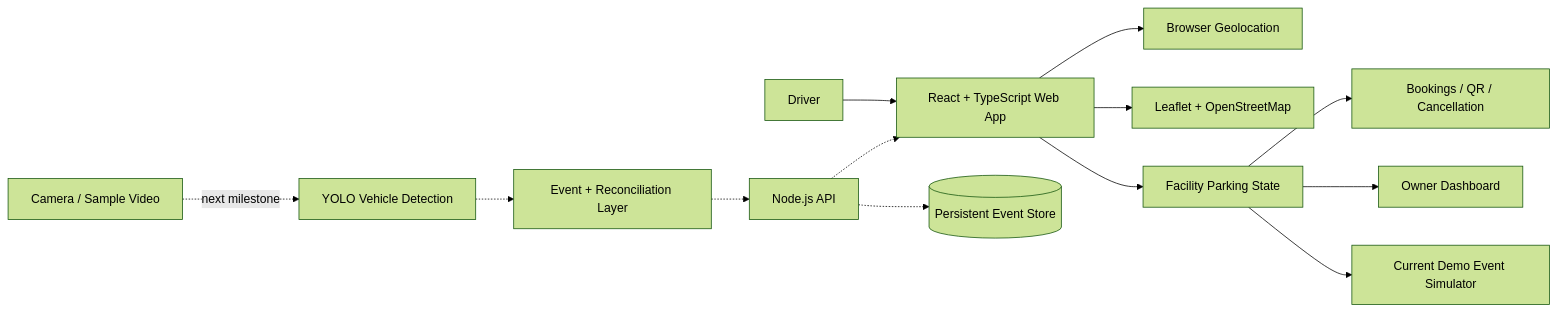
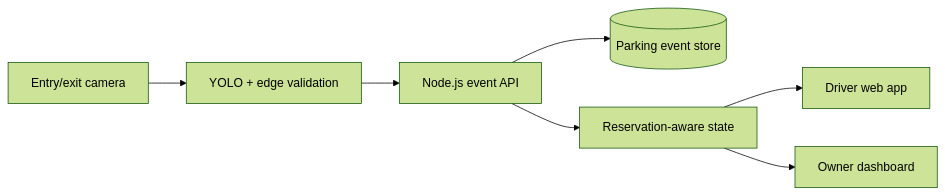
Before and after one commit to ArYanGIT769/smart-parking-finder-sih-2026: the second of 2 diagrams in README.md, drawn with Mermaid (forest theme). The commit also changed other lines of this file, not shown here.

````diff
--- a/README.md
+++ b/README.md
@@ -160,16 +72,9 @@
 ```mermaid
 flowchart LR
-    DRIVER[Driver] --> WEB[React + TypeScript Web App]
-    WEB --> GEO[Browser Geolocation]
-    WEB --> MAP[Leaflet + OpenStreetMap]
-    WEB --> STATE[Facility Parking State]
-    STATE --> BOOK[Bookings / QR / Cancellation]
-    STATE --> OWNER[Owner Dashboard]
-    STATE --> SIM[Current Demo Event Simulator]
-
-    CAM[Camera / Sample Video] -. next milestone .-> YOLO[YOLO Vehicle Detection]
-    YOLO -.-> REC[Event + Reconciliation Layer]
-    REC -.-> API[Node.js API]
-    API -.-> DB[(Persistent Event Store)]
-    API -.-> WEB
+    CAM["Entry/exit camera"] --> EDGE["YOLO + edge validation"]
+    EDGE --> API["Node.js event API"]
+    API --> DB[("Parking event store")]
+    API --> STATE["Reservation-aware state"]
+    STATE --> DRIVER["Driver web app"]
+    STATE --> OWNER["Owner dashboard"]
 ```
````
